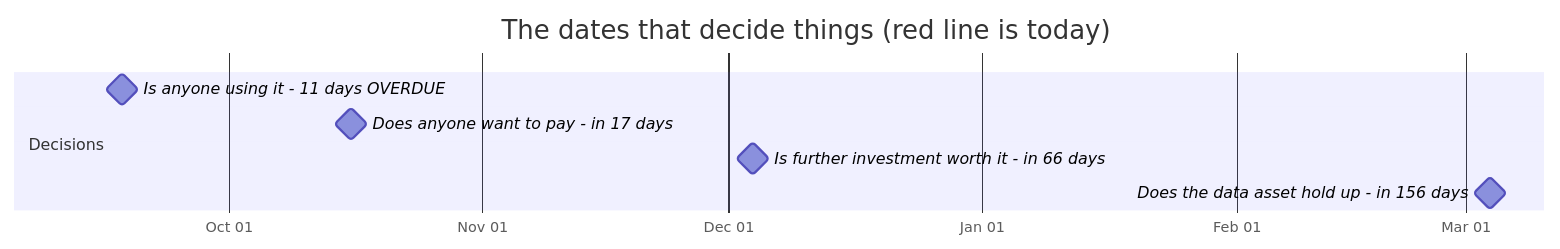
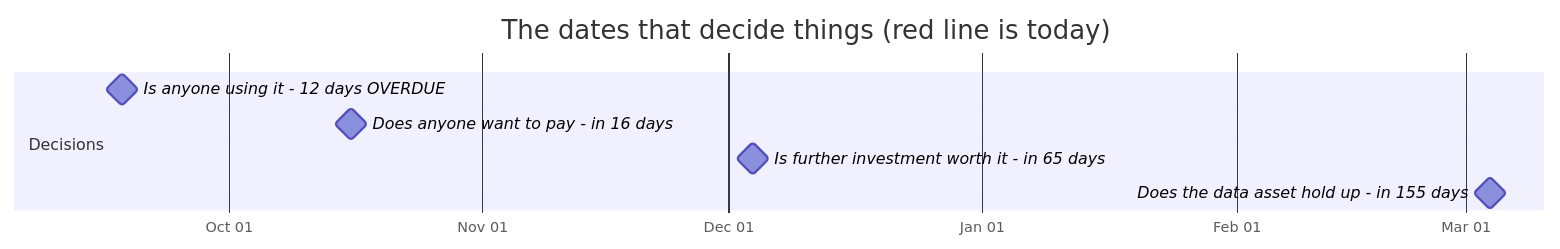
Before and after one commit to jakegu1/vetagent: the first of 2 diagrams in docs/OWNER.md, drawn with Mermaid. The commit also changed other lines of this file and 1 other file, not shown here.

````diff
--- a/docs/OWNER.md
+++ b/docs/OWNER.md
@@ -67,12 +67,12 @@
 ```mermaid
 gantt
     dateFormat YYYY-MM-DD
     axisFormat %b %d
     todayMarker stroke-width:3px,stroke:#d33,stroke-dasharray:0
     title The dates that decide things (red line is today)
     section Decisions
-    Is anyone using it - 11 days OVERDUE :milestone, 2026-09-18, 0d
-    Does anyone want to pay - in 17 days :milestone, 2026-10-16, 0d
-    Is further investment worth it - in 66 days :milestone, 2026-12-04, 0d
-    Does the data asset hold up - in 156 days :milestone, 2027-03-04, 0d
+    Is anyone using it - 12 days OVERDUE :milestone, 2026-09-18, 0d
+    Does anyone want to pay - in 16 days :milestone, 2026-10-16, 0d
+    Is further investment worth it - in 65 days :milestone, 2026-12-04, 0d
+    Does the data asset hold up - in 155 days :milestone, 2027-03-04, 0d
 ```
````
